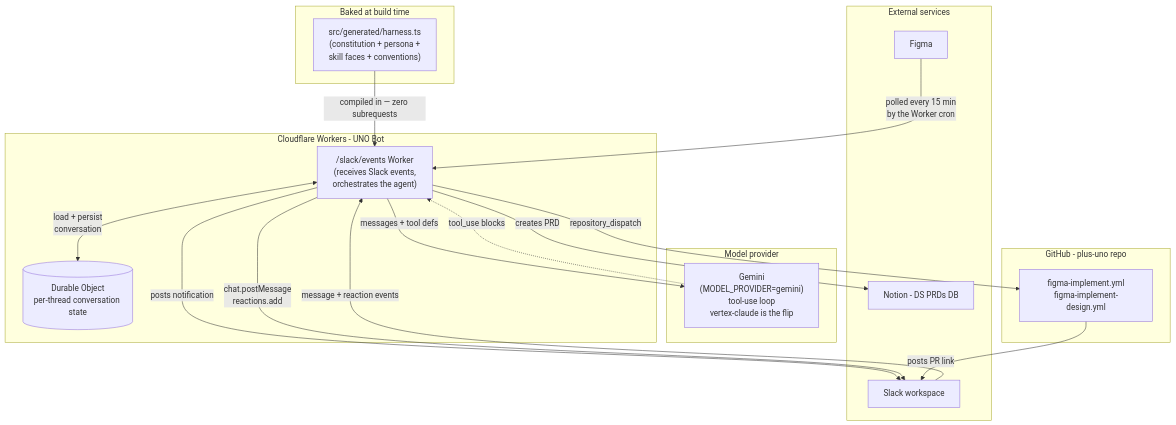
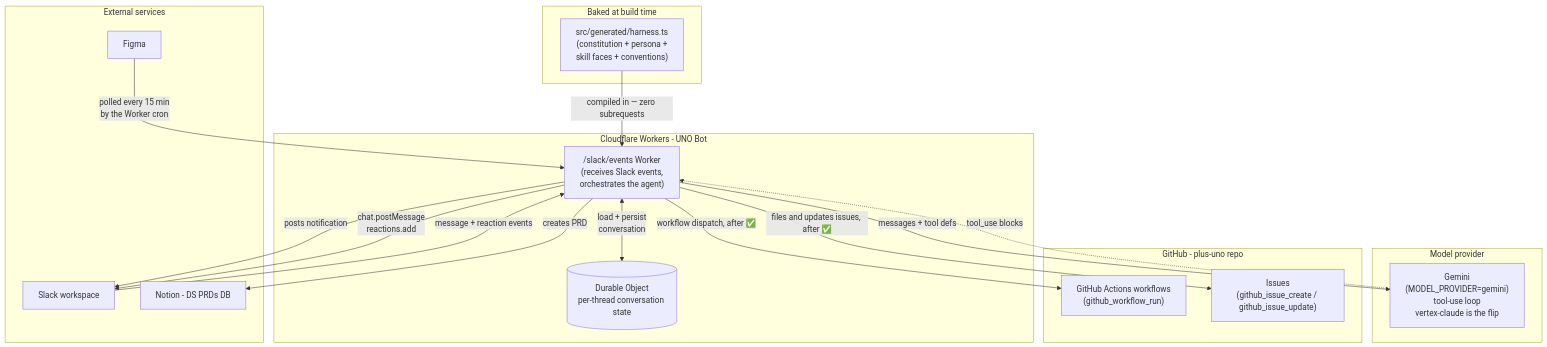
Before and after one commit to BilLogic/plus-uno: the first of 3 diagrams in docs/product-and-service/uno-bot-flowcharts/uno-bot-v2-flowcharts.md, drawn with Mermaid. The commit also changed other lines of this file and 3 other files, not shown here.

````diff
--- a/docs/product-and-service/uno-bot-flowcharts/uno-bot-v2-flowcharts.md
+++ b/docs/product-and-service/uno-bot-flowcharts/uno-bot-v2-flowcharts.md
@@ -33,37 +38,38 @@
 ```mermaid
 flowchart TB
   subgraph external["External services"]
     Figma[Figma]
     Slack[Slack workspace]
     Notion[Notion - DS PRDs DB]
   end
 
   subgraph platform["Cloudflare Workers - UNO Bot"]
     Worker["/slack/events Worker<br/>(receives Slack events,<br/>orchestrates the agent)"]
     DO[("Durable Object<br/>per-thread conversation state")]
   end
 
   subgraph model["Model provider"]
     Claude["Gemini<br/>(MODEL_PROVIDER=gemini)<br/>tool-use loop<br/>vertex-claude is the flip"]
   end
 
   subgraph github["GitHub - plus-uno repo"]
-    ImplAction["figma-implement.yml<br/>figma-implement-design.yml"]
+    Actions["GitHub Actions workflows<br/>(github_workflow_run)"]
+    Issues["Issues<br/>(github_issue_create / github_issue_update)"]
   end
 
   subgraph baked["Baked at build time"]
     Skills["src/generated/harness.ts<br/>(constitution + persona +<br/>skill faces + conventions)"]
   end
 
   Figma -->|"polled every 15 min<br/>by the Worker cron"| Worker
   Worker -->|"creates PRD"| Notion
   Worker -->|"posts notification"| Slack
   Slack -->|"message + reaction events"| Worker
   Worker <-->|"load + persist<br/>conversation"| DO
   Worker -->|"messages + tool defs"| Claude
   Claude -.->|"tool_use blocks"| Worker
-  Worker -->|"repository_dispatch"| ImplAction
+  Worker -->|"workflow dispatch, after ✅"| Actions
+  Worker -->|"files and updates issues, after ✅"| Issues
   Skills -->|"compiled in — zero subrequests"| Worker
   Worker -->|"chat.postMessage<br/>reactions.add"| Slack
-  ImplAction -->|"posts PR link"| Slack
 ```
````
